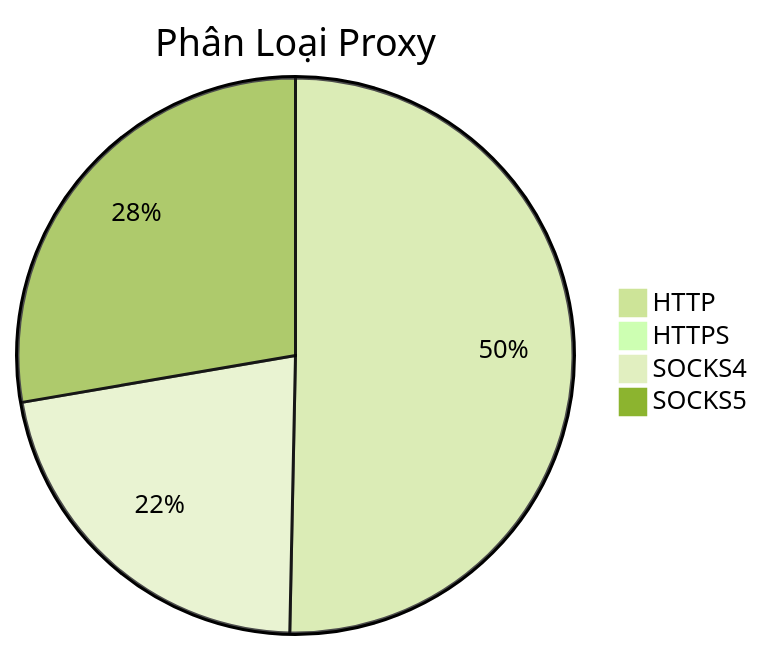
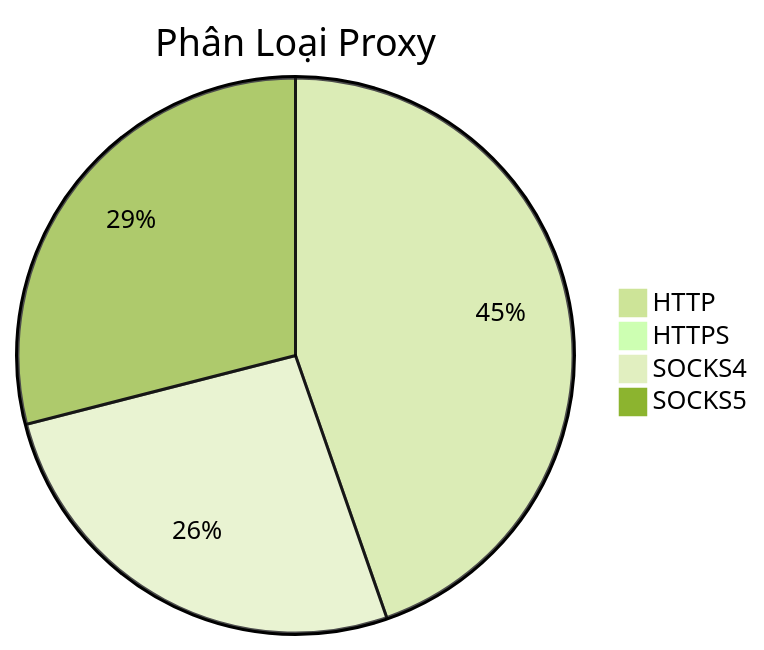
The diagram in README.md (Ciara-12/PROXY-free), drawn with Mermaid (forest theme) before and after one commit. The commit also changed other lines of this file and 4 other files, not shown here.

````diff
--- a/README.md
+++ b/README.md
@@ -26,7 +26,7 @@
 ```mermaid
 pie title Phân Loại Proxy
-    "HTTP" : 843
-    "HTTPS" : 1
-    "SOCKS4" : 368
-    "SOCKS5" : 464
+    "HTTP" : 507
+    "HTTPS" : 2
+    "SOCKS4" : 299
+    "SOCKS5" : 329
 ```
````
